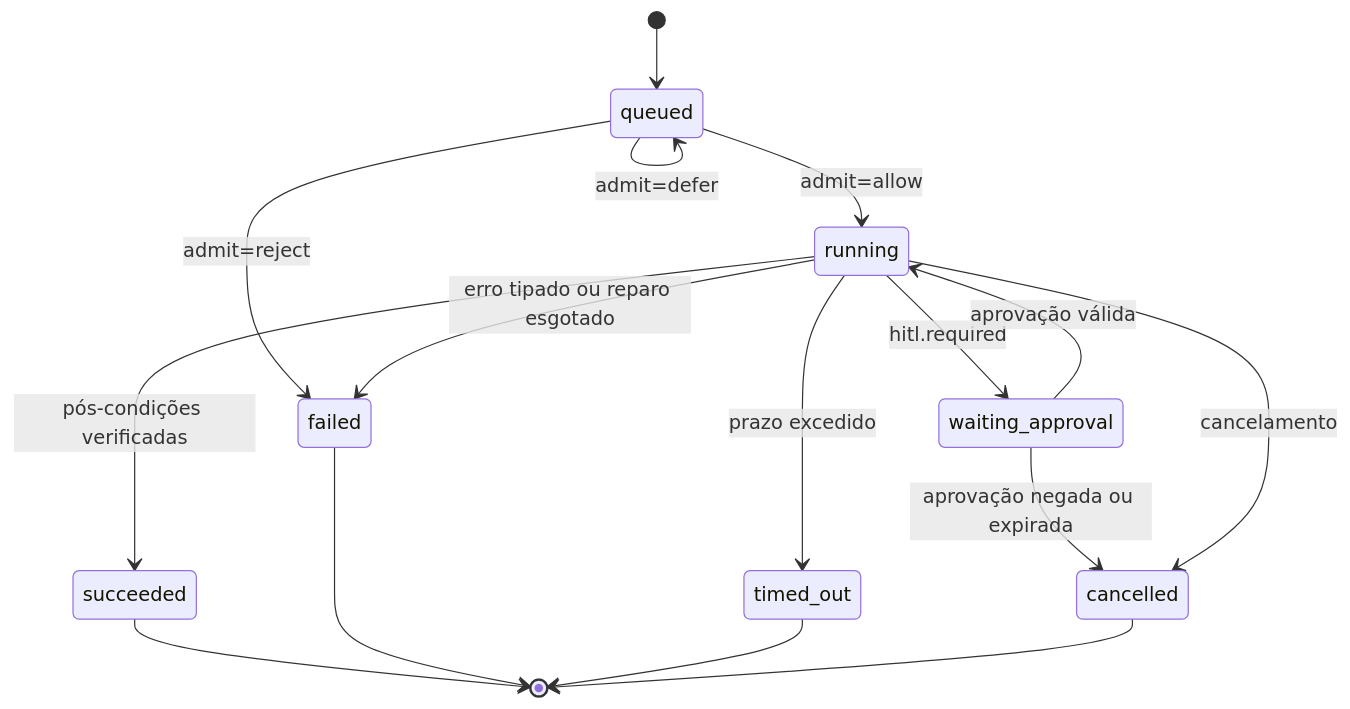
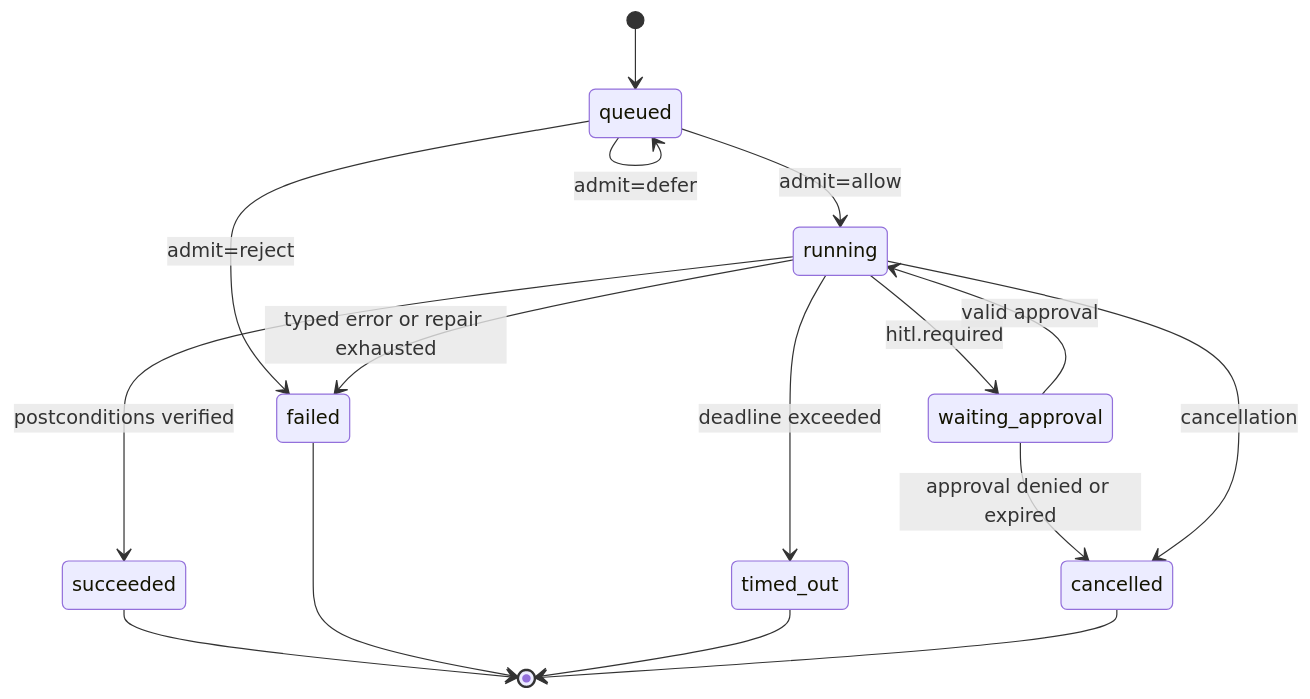
Before and after one commit to ricardofagmerspesia/engineos: the second of 2 diagrams in docs/plan/2.0/05-arquitetura-contratos.md, drawn with Mermaid. The commit also changed other lines of this file and 2 other files, not shown here.

First line of the commit message:
docs(plan): translate 2.0 evidence templates, risk register and architecture contracts to English

````diff
--- a/docs/plan/2.0/05-arquitetura-contratos.md
+++ b/docs/plan/2.0/05-arquitetura-contratos.md
@@ -212,18 +213,18 @@
 ```mermaid
 stateDiagram-v2
   [*] --> queued
   queued --> running: admit=allow
   queued --> queued: admit=defer
   queued --> failed: admit=reject
   running --> waiting_approval: hitl.required
-  waiting_approval --> running: aprovação válida
-  waiting_approval --> cancelled: aprovação negada ou expirada
-  running --> succeeded: pós-condições verificadas
-  running --> failed: erro tipado ou reparo esgotado
-  running --> timed_out: prazo excedido
-  running --> cancelled: cancelamento
+  waiting_approval --> running: valid approval
+  waiting_approval --> cancelled: approval denied or expired
+  running --> succeeded: postconditions verified
+  running --> failed: typed error or repair exhausted
+  running --> timed_out: deadline exceeded
+  running --> cancelled: cancellation
   succeeded --> [*]
   failed --> [*]
   timed_out --> [*]
   cancelled --> [*]
 ```
````
